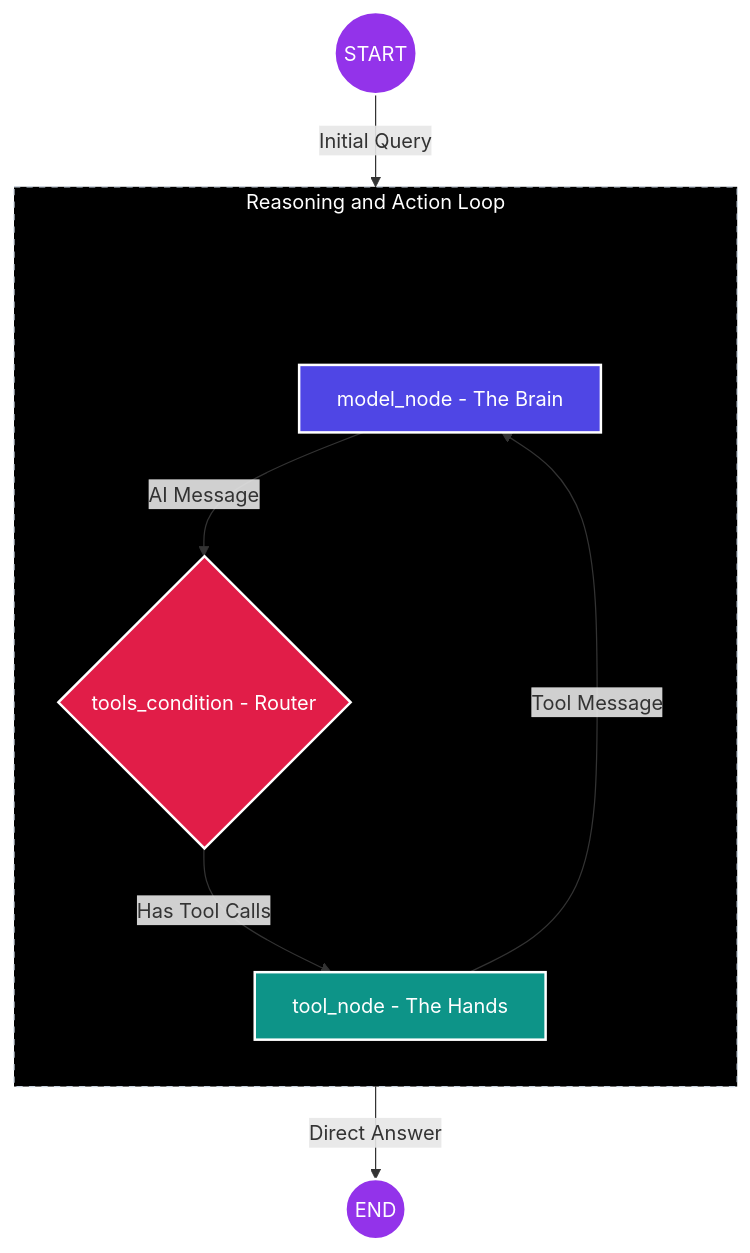
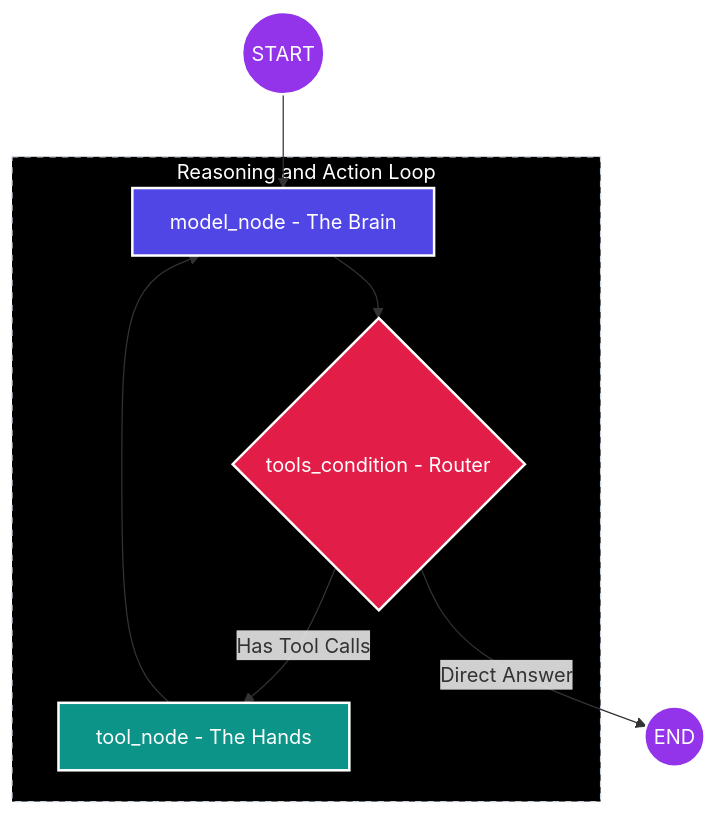
The diagram in wiki/md/l7_ReAct_agent_pfd.md (anupriyomandal/learning_langgraph), drawn with Mermaid before and after one commit.

Commit message:
Lesson 7: Fix Mermaid alignment and simplify layout

````diff
--- a/wiki/md/l7_ReAct_agent_pfd.md
+++ b/wiki/md/l7_ReAct_agent_pfd.md
@@ -7,47 +7,37 @@
 ```mermaid
 graph TD
     %% Node Definitions
     START((START))
     END((END))
     MN[model_node - The Brain]
     TN[tool_node - The Hands]
     ROUTER{tools_condition - Router}
+
+    %% Main Flow (Perfectly Centered)
+    START --> MN
+    MN --> ROUTER
     
-    %% Spacer Nodes for Padding
-    L_SPACER[ ]
-    R_SPACER[ ]
-
-    %% Flow and Labels
-    START -- "Initial Query" --> MN
-    
-    MN -- "AI Message" --> ROUTER
-    
+    %% Branching
     ROUTER -- "Has Tool Calls" --> TN
     ROUTER -- "Direct Answer" --> END
     
-    TN -- "Tool Message" --> MN
+    %% Feedback Loop
+    TN --> MN
 
     %% Styling
     subgraph Reasoning_Action_Loop [Reasoning and Action Loop]
-        direction TB
-        L_SPACER ~~~ MN
-        MN ~~~ R_SPACER
         MN
         ROUTER
         TN
     end
 
     %% Color Palette
     style START fill:#9333ea,stroke:#fff,stroke-width:2px,color:#fff
     style END fill:#9333ea,stroke:#fff,stroke-width:2px,color:#fff
     style MN fill:#4f46e5,stroke:#fff,stroke-width:2px,color:#fff
     style TN fill:#0d9488,stroke:#fff,stroke-width:2px,color:#fff
     style ROUTER fill:#e11d48,stroke:#fff,stroke-width:2px,color:#fff
     
-    %% Spacer Styling (Invisible)
-    style L_SPACER fill:none,stroke:none
-    style R_SPACER fill:none,stroke:none
-
     %% Subgraph Styling
     style Reasoning_Action_Loop fill:#000,stroke:#cbd5e1,stroke-dasharray: 5 5,color:#fff
 ```
````
